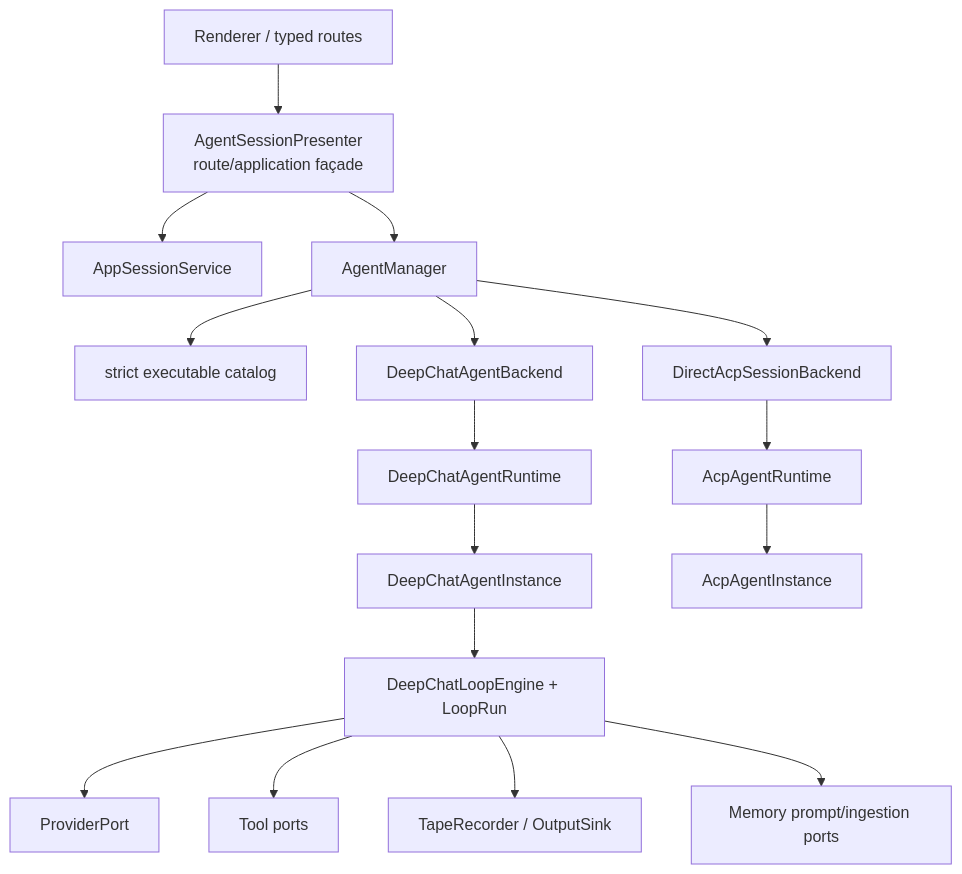
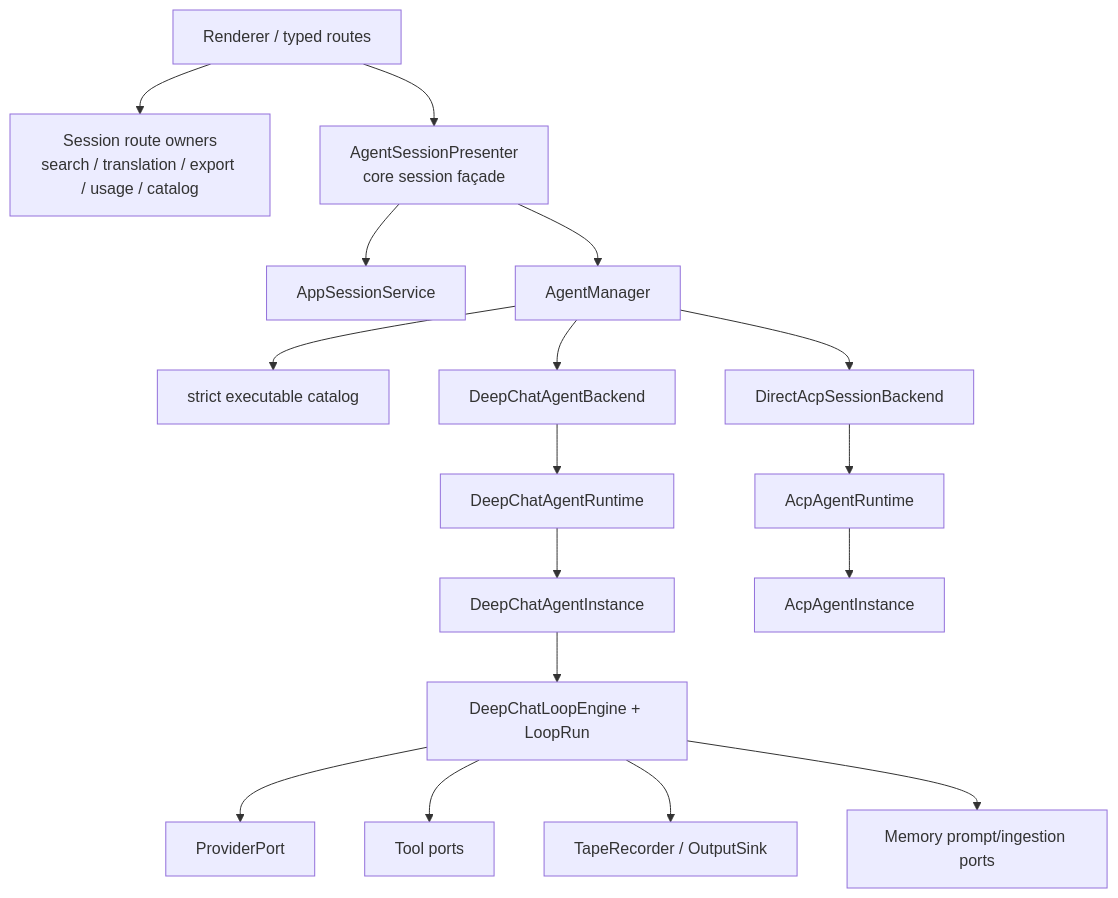
The diagram in docs/architecture/agent-system.md (zerob13/deepchat), drawn with Mermaid before and after one commit. The commit also changed other lines of this file and 50 other files, not shown here.

First line of the commit message:
refactor(session): split boundary owners (#1957)

````diff
--- a/docs/architecture/agent-system.md
+++ b/docs/architecture/agent-system.md
@@ -32,18 +32,19 @@
 ```mermaid
 flowchart TD
-    UI["Renderer / typed routes"] --> Facade["AgentSessionPresenter<br/>route/application façade"]
+    UI["Renderer / typed routes"] --> RouteOwners["Session route owners<br/>search / translation / export / usage / catalog"]
+    UI --> Facade["AgentSessionPresenter<br/>core session façade"]
     Facade --> Sessions["AppSessionService"]
     Facade --> Manager["AgentManager"]
     Manager --> Catalog["strict executable catalog"]
     Manager --> DeepBackend["DeepChatAgentBackend"]
     Manager --> AcpBackend["DirectAcpSessionBackend"]
     DeepBackend --> DeepRuntime["DeepChatAgentRuntime"]
     DeepRuntime --> DeepInstance["DeepChatAgentInstance"]
     DeepInstance --> Loop["DeepChatLoopEngine + LoopRun"]
     AcpBackend --> AcpRuntime["AcpAgentRuntime"]
     AcpRuntime --> AcpInstance["AcpAgentInstance"]
     Loop --> Provider["ProviderPort"]
     Loop --> ToolPorts["Tool ports"]
     Loop --> Tape["TapeRecorder / OutputSink"]
     Loop --> Memory["Memory prompt/ingestion ports"]
 ```
````
